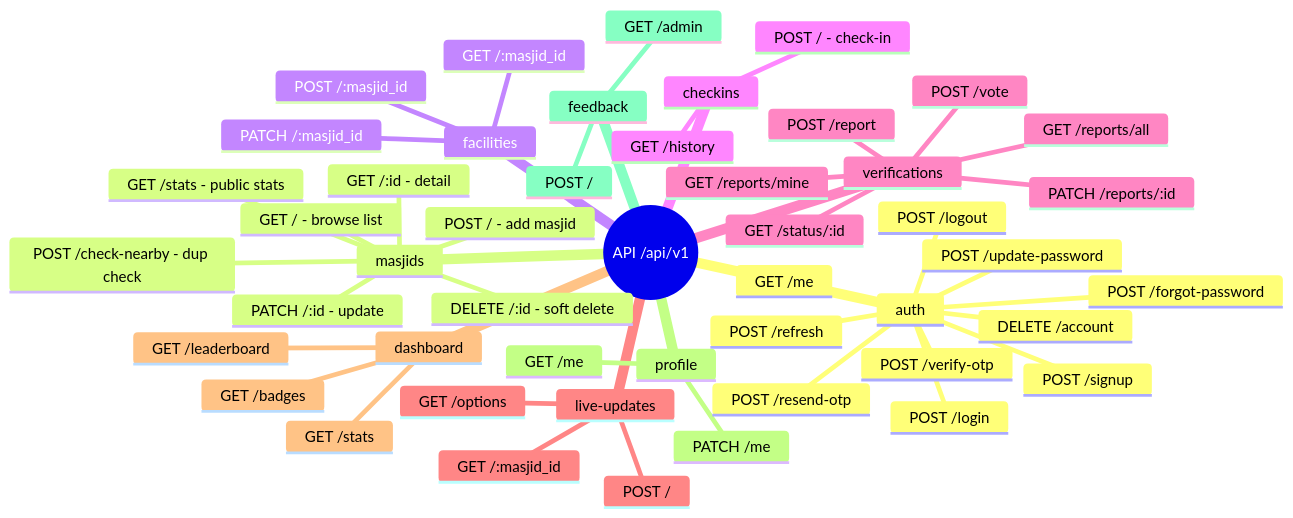
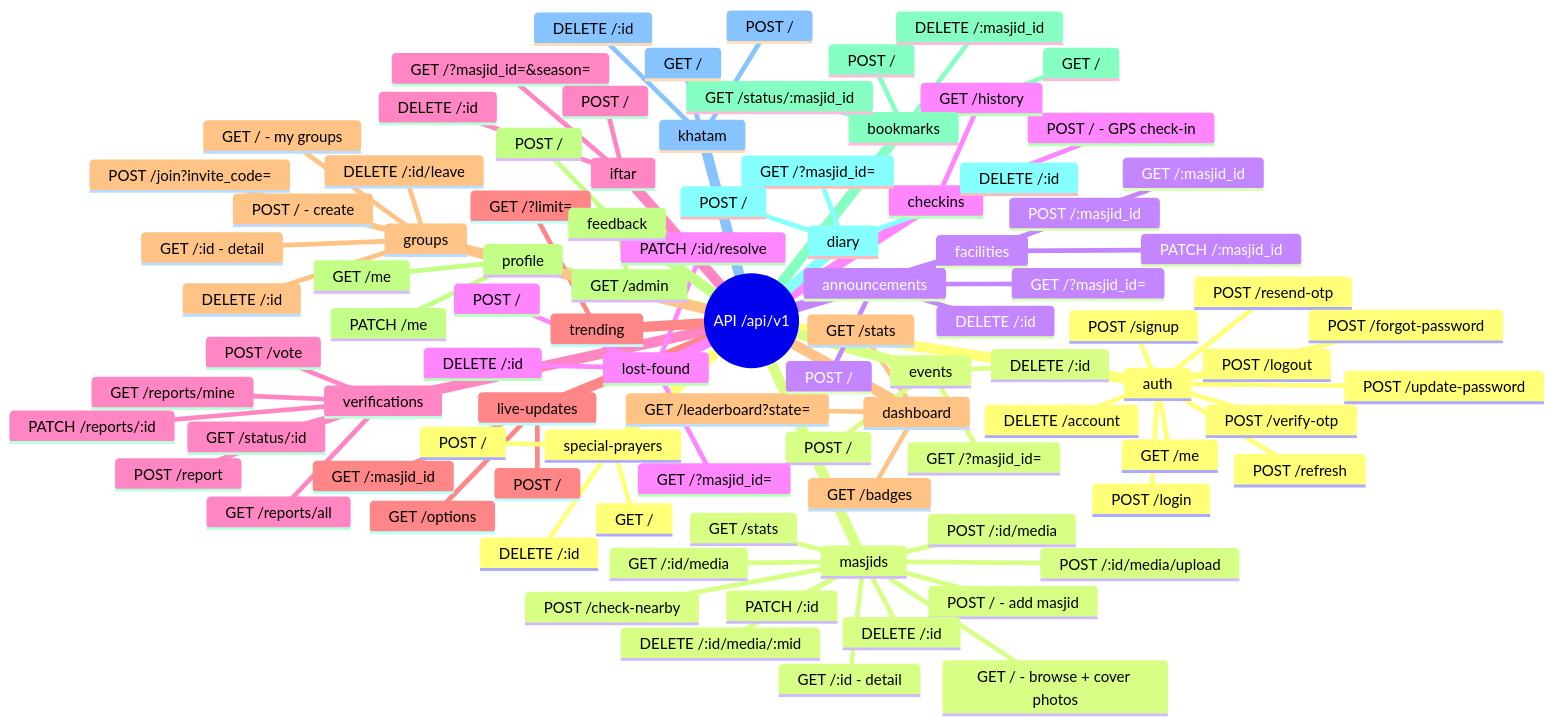
Before and after one commit to snsyaqirah/SinggahLuhh: diagram 12 of 12 in README.md, drawn with Mermaid. The commit also changed other lines of this file, not shown here.

Commit message:
feat: update README with enhanced feature descriptions and new sections for Bookmarks, Personal Ibadah Tracker, and Community Content

```diff
--- a/README.md
+++ b/README.md
@@ -431,19 +812,23 @@
       POST /update-password
       DELETE /account
     masjids
-      GET / - browse list
-      GET /stats - public stats
-      POST /check-nearby - dup check
+      GET / - browse + cover photos
+      GET /stats
+      POST /check-nearby
       POST / - add masjid
       GET /:id - detail
-      PATCH /:id - update
-      DELETE /:id - soft delete
+      PATCH /:id
+      DELETE /:id
+      GET /:id/media
+      POST /:id/media
+      POST /:id/media/upload
+      DELETE /:id/media/:mid
     facilities
       GET /:masjid_id
       POST /:masjid_id
       PATCH /:masjid_id
     checkins
-      POST / - check-in
+      POST / - GPS check-in
       GET /history
     verifications
       POST /vote
@@ -459,10 +844,53 @@
     dashboard
       GET /stats
       GET /badges
-      GET /leaderboard
+      GET /leaderboard?state=
     profile
       GET /me
       PATCH /me
+    bookmarks
+      GET /
+      POST /
+      GET /status/:masjid_id
+      DELETE /:masjid_id
+    diary
+      GET /?masjid_id=
+      POST /
+      DELETE /:id
+    khatam
+      GET /
+      POST /
+      DELETE /:id
+    special-prayers
+      GET /
+      POST /
+      DELETE /:id
+    events
+      GET /?masjid_id=
+      POST /
+      DELETE /:id
+    announcements
+      GET /?masjid_id=
+      POST /
+      DELETE /:id
+    lost-found
+      GET /?masjid_id=
+      POST /
+      PATCH /:id/resolve
+      DELETE /:id
+    iftar
+      GET /?masjid_id=&season=
+      POST /
+      DELETE /:id
+    trending
+      GET /?limit=
+    groups
+      GET / - my groups
+      POST / - create
+      POST /join?invite_code=
+      GET /:id - detail
+      DELETE /:id/leave
+      DELETE /:id
     feedback
       POST /
       GET /admin
```
